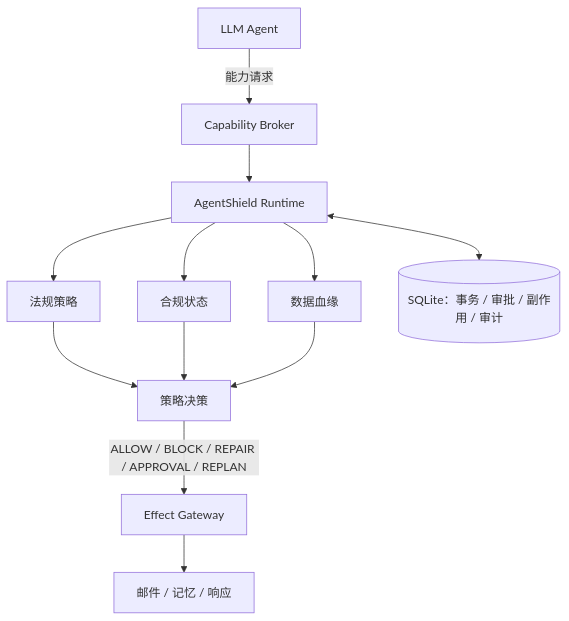
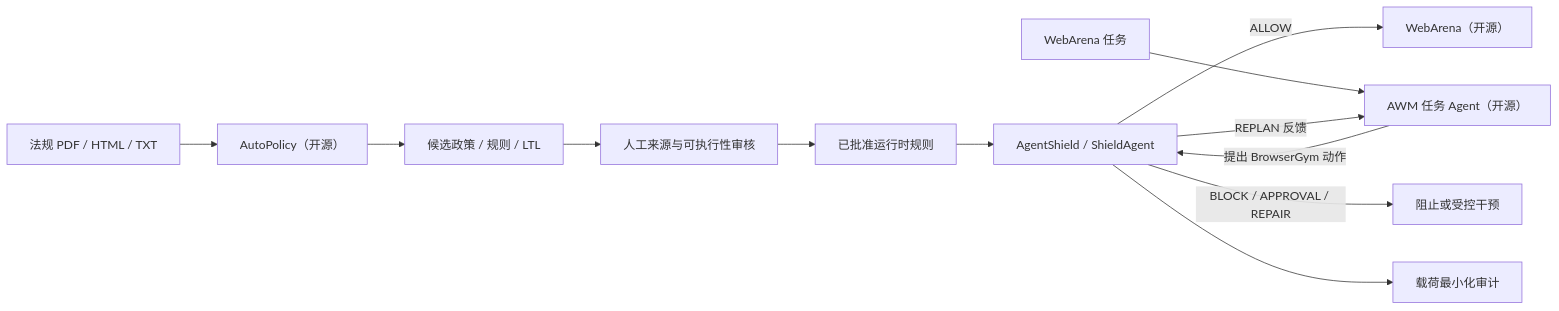
Before and after one commit to stellasuc/AgendShield: the diagram in README.zh-CN.md, drawn with Mermaid. The commit also changed other lines of this file and 32 other files, not shown here.

Commit message:
feat: integrate paper-aligned ShieldAgent stack

````diff
--- a/README.zh-CN.md
+++ b/README.zh-CN.md
@@ -9,14 +12,14 @@
 ```mermaid
-flowchart TB
-    A["LLM Agent"] -->|"能力请求"| B["Capability Broker"]
-    B --> S["AgentShield Runtime"]
-    S --> P["法规策略"]
-    S --> C["合规状态"]
-    S --> L["数据血缘"]
-    P --> D["策略决策"]
-    C --> D
-    L --> D
-    D -->|"ALLOW / BLOCK / REPAIR / APPROVAL / REPLAN"| G["Effect Gateway"]
-    G --> E["邮件 / 记忆 / 响应"]
-    S <--> DB[("SQLite：事务 / 审批 / 副作用 / 审计")]
+flowchart LR
+    D["法规 PDF / HTML / TXT"] --> AP["AutoPolicy（开源）"]
+    AP --> C["候选政策 / 规则 / LTL"]
+    C --> H["人工来源与可执行性审核"]
+    H --> R["已批准运行时规则"]
+    U["WebArena 任务"] --> A["AWM 任务 Agent（开源）"]
+    A -->|"提出 BrowserGym 动作"| S["AgentShield / ShieldAgent"]
+    R --> S
+    S -->|"ALLOW"| W["WebArena（开源）"]
+    S -->|"REPLAN 反馈"| A
+    S -->|"BLOCK / APPROVAL / REPAIR"| X["阻止或受控干预"]
+    S --> E["载荷最小化审计"]
 ```
````
